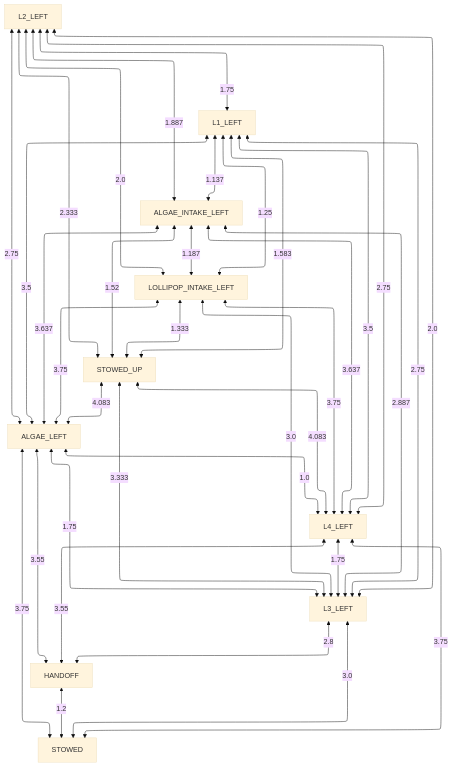
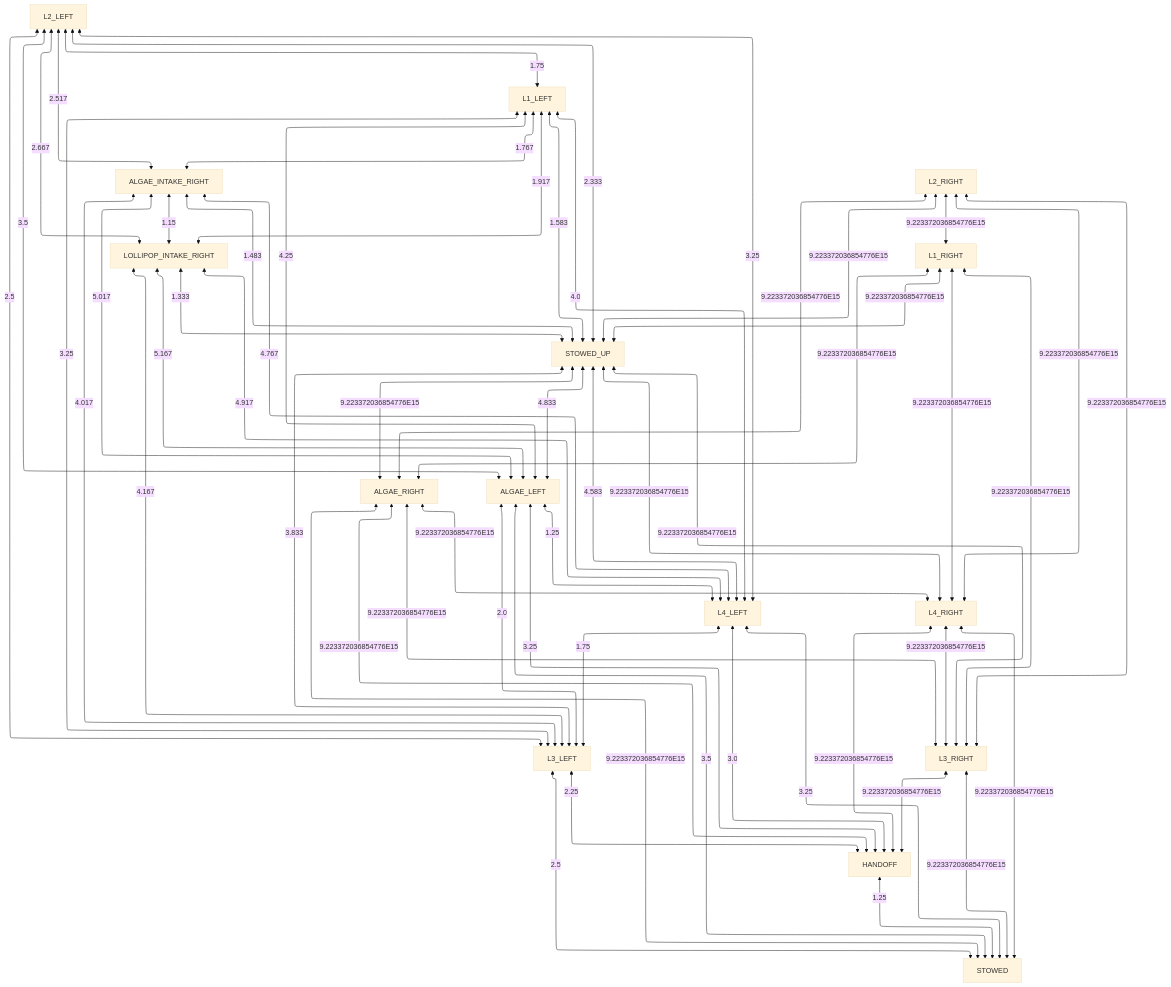
Before and after one commit to team581/offseason-2025-comp: the diagram in docs/collision_avoidance/right_obstructed.md, drawn with Mermaid (base theme). The commit also changed 6 other files, not shown here.

````diff
--- a/docs/collision_avoidance/right_obstructed.md
+++ b/docs/collision_avoidance/right_obstructed.md
@@ -3,40 +3,61 @@
 ```mermaid
 %%{ init: { "flowchart": { "defaultRenderer": "elk" } } }%%
 graph TD
 
-HANDOFF <-- 1.2 --> STOWED
-L3_LEFT <-- 3.0 --> STOWED
-L4_LEFT <-- 3.75 --> STOWED
-ALGAE_LEFT <-- 3.75 --> STOWED
-L3_LEFT <-- 2.8 --> HANDOFF
-L4_LEFT <-- 3.55 --> HANDOFF
-ALGAE_LEFT <-- 3.55 --> HANDOFF
-STOWED_UP <-- 3.333 --> L3_LEFT
-ALGAE_INTAKE_LEFT <-- 2.887 --> L3_LEFT
-LOLLIPOP_INTAKE_LEFT <-- 3.0 --> L3_LEFT
-L1_LEFT <-- 2.75 --> L3_LEFT
-L2_LEFT <-- 2.0 --> L3_LEFT
+HANDOFF <-- 1.25 --> STOWED
+L3_LEFT <-- 2.5 --> STOWED
+L3_RIGHT <-- 9.223372036854776E15 --> STOWED
+L4_LEFT <-- 3.25 --> STOWED
+L4_RIGHT <-- 9.223372036854776E15 --> STOWED
+ALGAE_RIGHT <-- 9.223372036854776E15 --> STOWED
+ALGAE_LEFT <-- 3.5 --> STOWED
+L3_LEFT <-- 2.25 --> HANDOFF
+L3_RIGHT <-- 9.223372036854776E15 --> HANDOFF
+L4_LEFT <-- 3.0 --> HANDOFF
+L4_RIGHT <-- 9.223372036854776E15 --> HANDOFF
+ALGAE_LEFT <-- 3.25 --> HANDOFF
+ALGAE_RIGHT <-- 9.223372036854776E15 --> HANDOFF
+STOWED_UP <-- 3.833 --> L3_LEFT
+ALGAE_INTAKE_RIGHT <-- 4.017 --> L3_LEFT
+LOLLIPOP_INTAKE_RIGHT <-- 4.167 --> L3_LEFT
+L1_LEFT <-- 3.25 --> L3_LEFT
+L2_LEFT <-- 2.5 --> L3_LEFT
 L4_LEFT <-- 1.75 --> L3_LEFT
-ALGAE_LEFT <-- 1.75 --> L3_LEFT
-STOWED_UP <-- 4.083 --> L4_LEFT
-ALGAE_INTAKE_LEFT <-- 3.637 --> L4_LEFT
-LOLLIPOP_INTAKE_LEFT <-- 3.75 --> L4_LEFT
-L1_LEFT <-- 3.5 --> L4_LEFT
-L2_LEFT <-- 2.75 --> L4_LEFT
-ALGAE_LEFT <-- 1.0 --> L4_LEFT
-STOWED_UP <-- 4.083 --> ALGAE_LEFT
-ALGAE_INTAKE_LEFT <-- 3.637 --> ALGAE_LEFT
-LOLLIPOP_INTAKE_LEFT <-- 3.75 --> ALGAE_LEFT
-L1_LEFT <-- 3.5 --> ALGAE_LEFT
-L2_LEFT <-- 2.75 --> ALGAE_LEFT
-LOLLIPOP_INTAKE_LEFT <-- 1.333 --> STOWED_UP
-ALGAE_INTAKE_LEFT <-- 1.52 --> STOWED_UP
+ALGAE_LEFT <-- 2.0 --> L3_LEFT
+STOWED_UP <-- 9.223372036854776E15 --> L3_RIGHT
+L1_RIGHT <-- 9.223372036854776E15 --> L3_RIGHT
+L2_RIGHT <-- 9.223372036854776E15 --> L3_RIGHT
+L4_RIGHT <-- 9.223372036854776E15 --> L3_RIGHT
+ALGAE_RIGHT <-- 9.223372036854776E15 --> L3_RIGHT
+STOWED_UP <-- 4.583 --> L4_LEFT
+ALGAE_INTAKE_RIGHT <-- 4.767 --> L4_LEFT
+LOLLIPOP_INTAKE_RIGHT <-- 4.917 --> L4_LEFT
+L1_LEFT <-- 4.0 --> L4_LEFT
+L2_LEFT <-- 3.25 --> L4_LEFT
+ALGAE_LEFT <-- 1.25 --> L4_LEFT
+STOWED_UP <-- 9.223372036854776E15 --> L4_RIGHT
+L1_RIGHT <-- 9.223372036854776E15 --> L4_RIGHT
+L2_RIGHT <-- 9.223372036854776E15 --> L4_RIGHT
+ALGAE_RIGHT <-- 9.223372036854776E15 --> L4_RIGHT
+STOWED_UP <-- 9.223372036854776E15 --> ALGAE_RIGHT
+L1_RIGHT <-- 9.223372036854776E15 --> ALGAE_RIGHT
+L2_RIGHT <-- 9.223372036854776E15 --> ALGAE_RIGHT
+STOWED_UP <-- 4.833 --> ALGAE_LEFT
+ALGAE_INTAKE_RIGHT <-- 5.017 --> ALGAE_LEFT
+LOLLIPOP_INTAKE_RIGHT <-- 5.167 --> ALGAE_LEFT
+L1_LEFT <-- 4.25 --> ALGAE_LEFT
+L2_LEFT <-- 3.5 --> ALGAE_LEFT
+LOLLIPOP_INTAKE_RIGHT <-- 1.333 --> STOWED_UP
+ALGAE_INTAKE_RIGHT <-- 1.483 --> STOWED_UP
 L1_LEFT <-- 1.583 --> STOWED_UP
 L2_LEFT <-- 2.333 --> STOWED_UP
-ALGAE_INTAKE_LEFT <-- 1.187 --> LOLLIPOP_INTAKE_LEFT
-L1_LEFT <-- 1.25 --> LOLLIPOP_INTAKE_LEFT
-L2_LEFT <-- 2.0 --> LOLLIPOP_INTAKE_LEFT
-L1_LEFT <-- 1.137 --> ALGAE_INTAKE_LEFT
-L2_LEFT <-- 1.887 --> ALGAE_INTAKE_LEFT
+L1_RIGHT <-- 9.223372036854776E15 --> STOWED_UP
+L2_RIGHT <-- 9.223372036854776E15 --> STOWED_UP
+ALGAE_INTAKE_RIGHT <-- 1.15 --> LOLLIPOP_INTAKE_RIGHT
+L1_LEFT <-- 1.917 --> LOLLIPOP_INTAKE_RIGHT
+L2_LEFT <-- 2.667 --> LOLLIPOP_INTAKE_RIGHT
+L1_LEFT <-- 1.767 --> ALGAE_INTAKE_RIGHT
+L2_LEFT <-- 2.517 --> ALGAE_INTAKE_RIGHT
 L2_LEFT <-- 1.75 --> L1_LEFT
+L2_RIGHT <-- 9.223372036854776E15 --> L1_RIGHT
 ```
````
